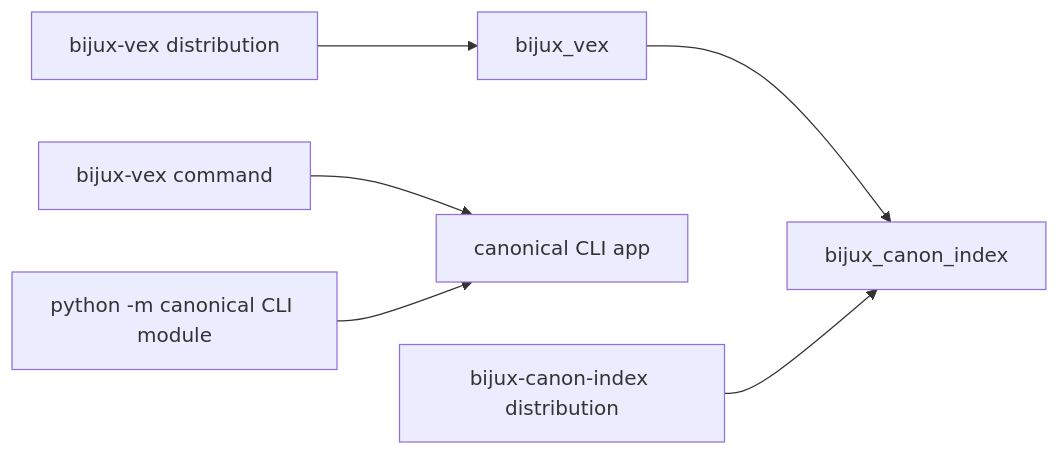
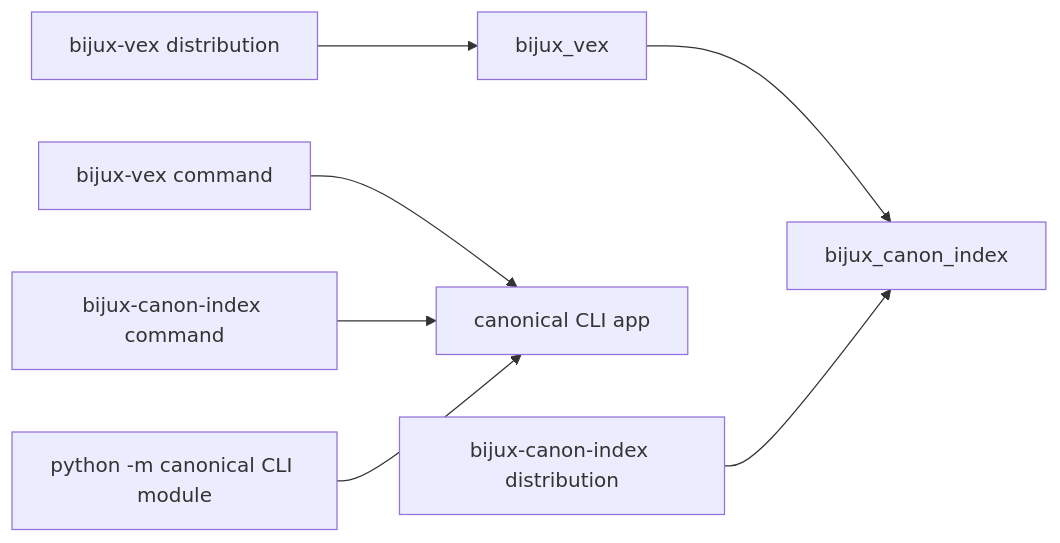
The first of 2 diagrams in docs/03-bijux-canon-index/interfaces/compatibility-commitments.md (bijux/bijux-canon), drawn with Mermaid before and after one commit. The commit also changed other lines of this file and 37 other files, not shown here.

Commit message:
feat(index): ship canonical command

````diff
--- a/docs/03-bijux-canon-index/interfaces/compatibility-commitments.md
+++ b/docs/03-bijux-canon-index/interfaces/compatibility-commitments.md
@@ -29,8 +28,9 @@
 ```mermaid
 flowchart LR
     LegacyDist[bijux-vex distribution] --> LegacyImport[bijux_vex]
     LegacyImport --> Canonical[bijux_canon_index]
     LegacyCommand[bijux-vex command] --> CLI[canonical CLI app]
     CanonicalDist[bijux-canon-index distribution] --> Canonical
+    CanonicalCommand[bijux-canon-index command] --> CLI
     Module[python -m canonical CLI module] --> CLI
 ```
````
